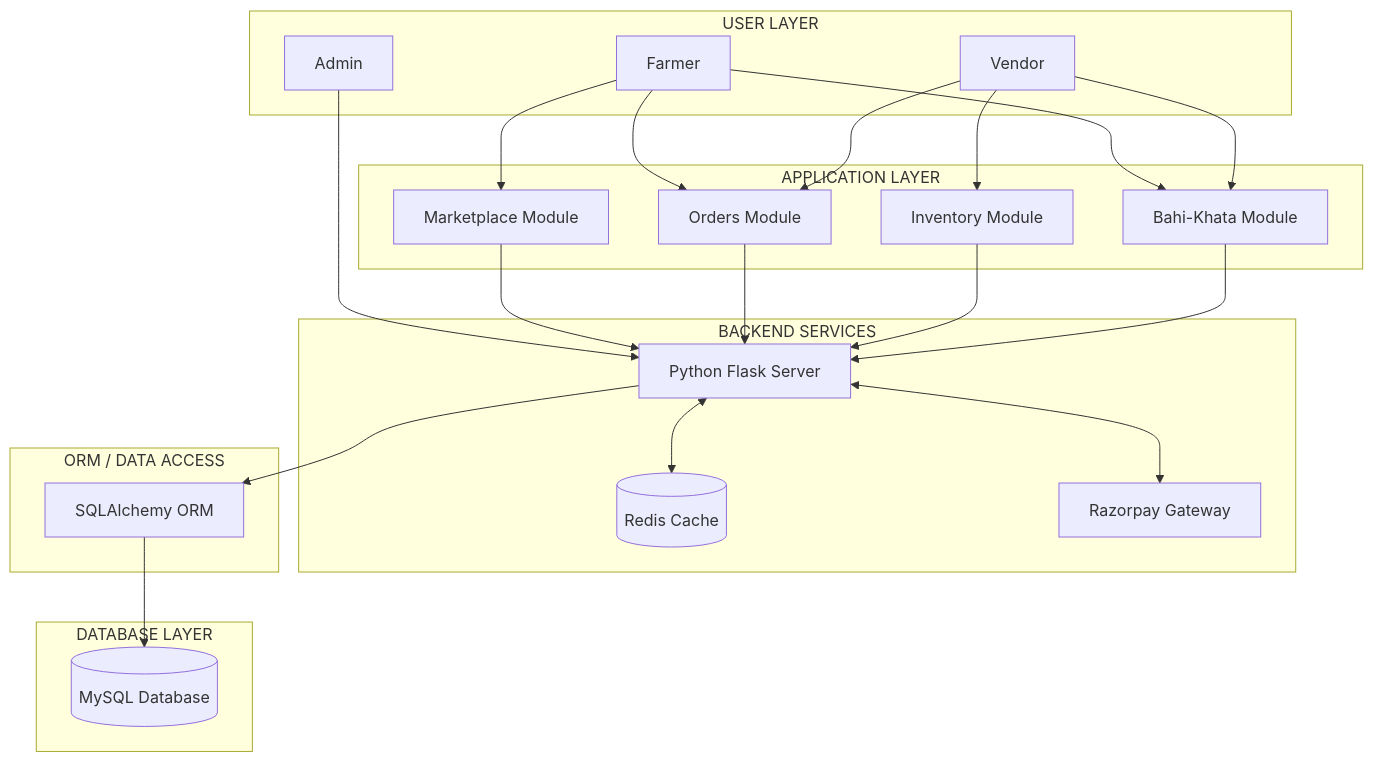
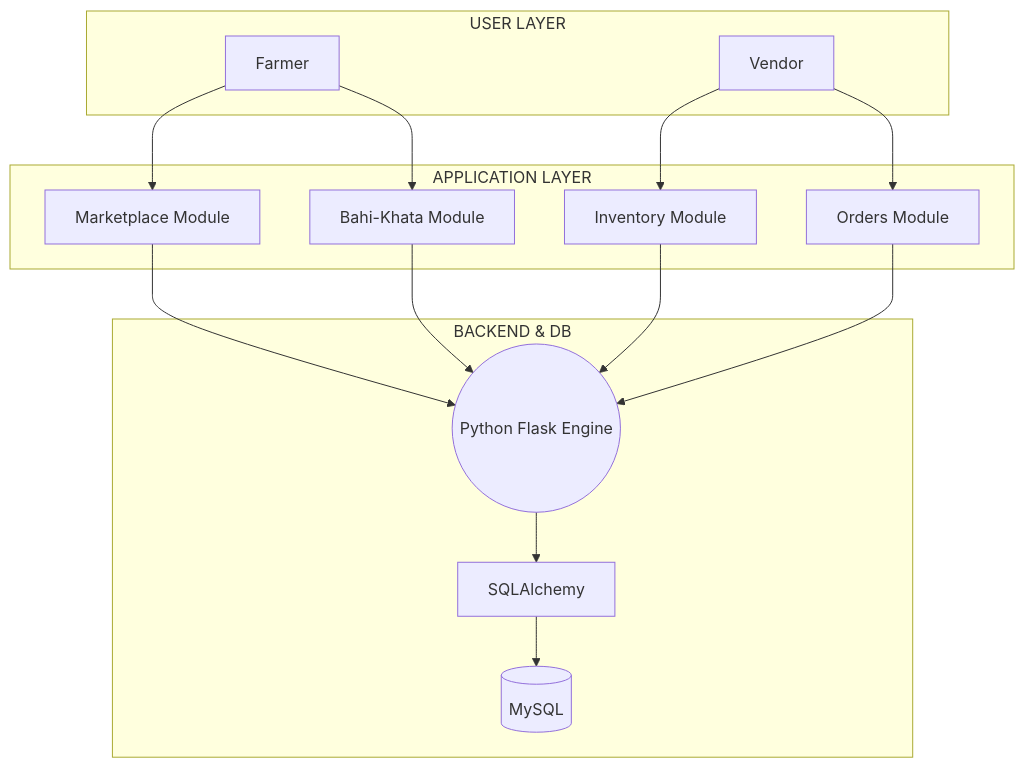
One commit to hmpmanish/jaymani-krishi-sewa changed the fourth of 5 diagrams in Jaymani_Krishi_Sewa_Proposal_Report.md. Above: the diagram before and after it, drawn with Mermaid. The commit also changed other lines of this file, not shown here.

````diff
--- a/Jaymani_Krishi_Sewa_Proposal_Report.md
+++ b/Jaymani_Krishi_Sewa_Proposal_Report.md
@@ -386,44 +227,30 @@
 ```mermaid
 graph TD
     subgraph USER LAYER
         F[Farmer]
         V[Vendor]
-        A[Admin]
     end
     subgraph APPLICATION LAYER
         M[Marketplace Module]
         O[Orders Module]
         I[Inventory Module]
         B[Bahi-Khata Module]
     end
-    subgraph BACKEND SERVICES
-        PF[Python Flask Server]
-        R[(Redis Cache)]
-        RZ[Razorpay Gateway]
-    end
-    subgraph ORM / DATA ACCESS
-        SQLA[SQLAlchemy ORM]
-    end
-    subgraph DATABASE LAYER
-        MySQL[(MySQL Database)]
+    subgraph BACKEND & DB
+        PF((Python Flask Engine))
+        SQLA[SQLAlchemy]
+        MySQL[(MySQL)]
     end
     
     F --> M
-    F --> O
     F --> B
     V --> I
     V --> O
-    V --> B
-    A --> PF
     
     M --> PF
     O --> PF
     I --> PF
     B --> PF
     
-    PF <--> R
-    PF <--> RZ
-    
-    PF --> SQLA
-    SQLA --> MySQL
+    PF --> SQLA --> MySQL
 ```
````
